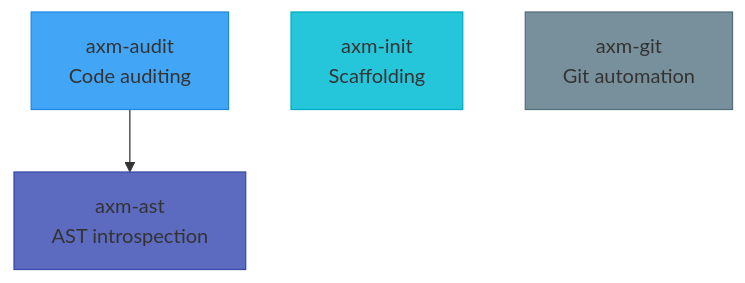
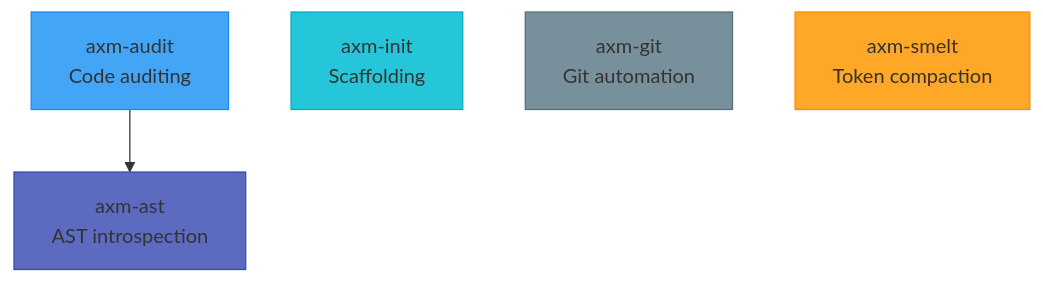
The diagram in README.md (axm-protocols/axm-forge), drawn with Mermaid before and after one commit. The commit also changed other lines of this file and 2 other files, not shown here.

Commit message:
docs(forge): add axm-smelt to workspace README, package index, and mkdocstrings paths

````diff
--- a/README.md
+++ b/README.md
@@ -57,12 +58,14 @@
 ```mermaid
 graph TD
     classDef ast fill:#5C6BC0,stroke:#3949AB
     classDef audit fill:#42A5F5,stroke:#1E88E5
     classDef init fill:#26C6DA,stroke:#00ACC1
     classDef git fill:#78909C,stroke:#546E7A
+    classDef smelt fill:#FFA726,stroke:#FB8C00
 
     AST["axm-ast<br/>AST introspection"]:::ast
     AUDIT["axm-audit<br/>Code auditing"]:::audit --> AST
     INIT["axm-init<br/>Scaffolding"]:::init
     GIT["axm-git<br/>Git automation"]:::git
+    SMELT["axm-smelt<br/>Token compaction"]:::smelt
 ```
````
